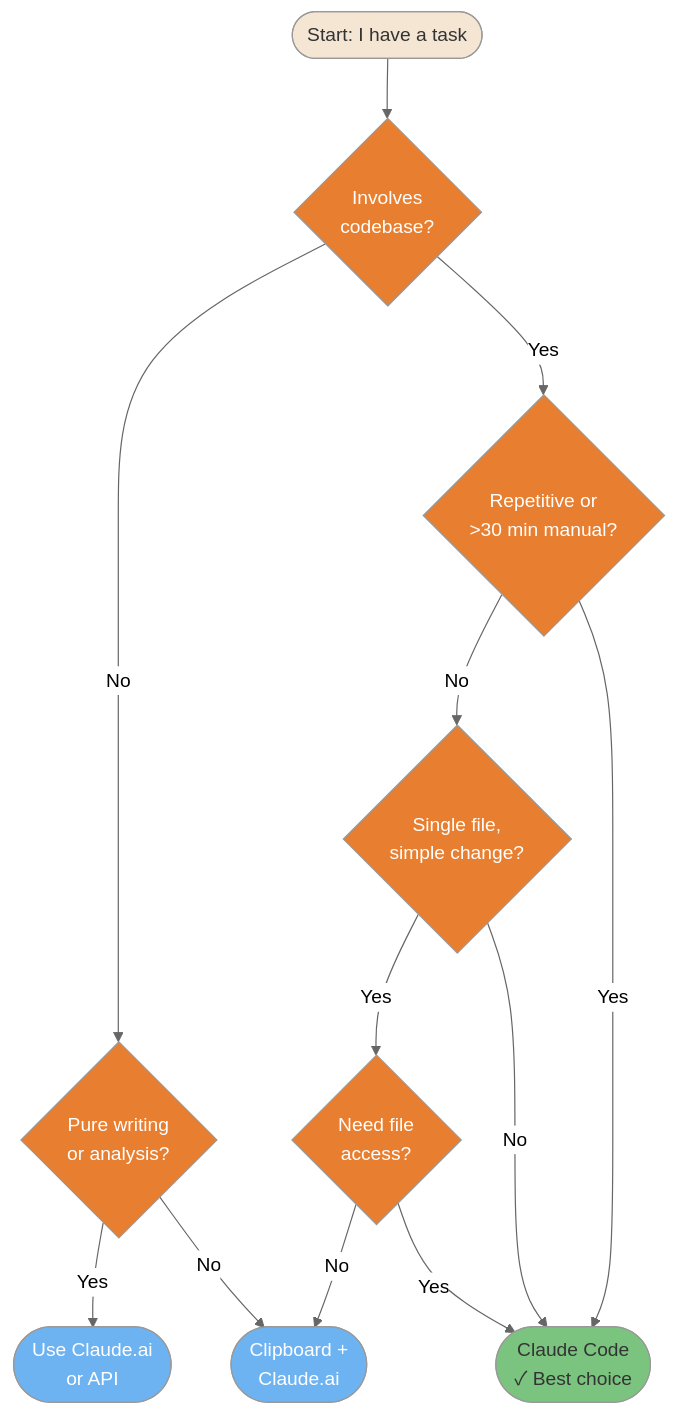
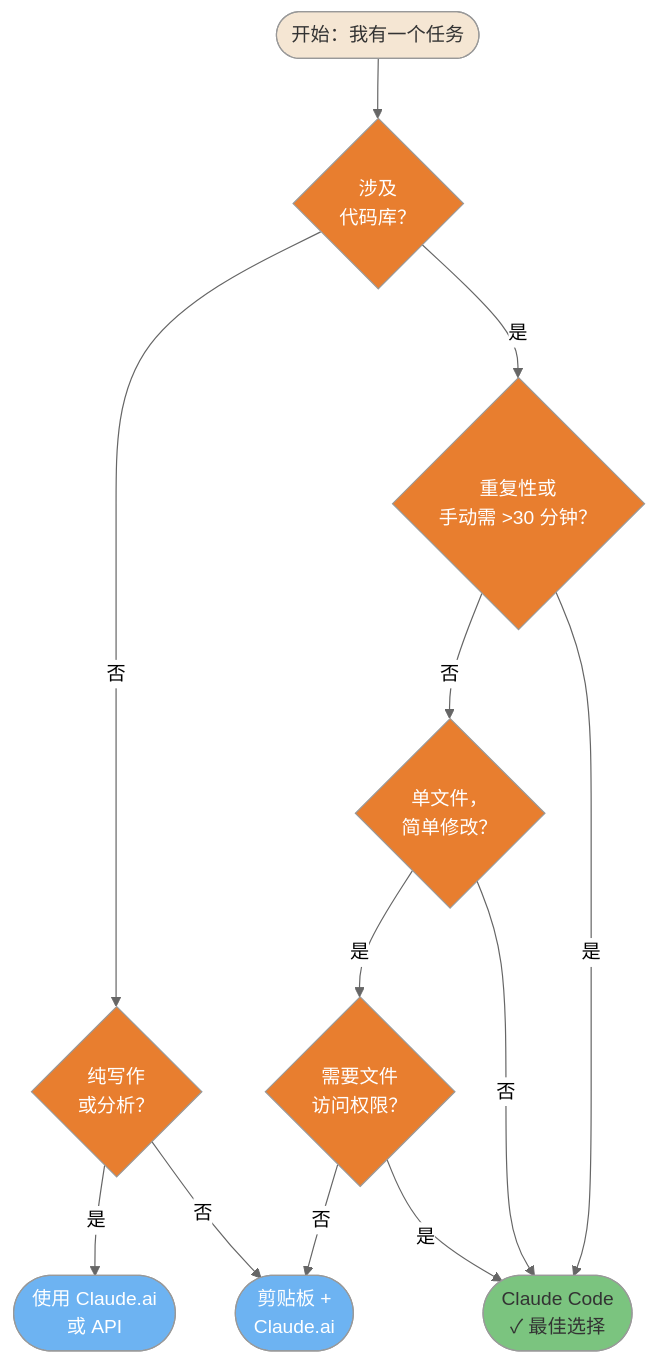
One commit to lawrencewzen/aispark-wiki changed the third of 4 diagrams in claude-code/diagrams/01-foundations.md. Above: the diagram before and after it, drawn with Mermaid (neutral theme). The commit also changed other lines of this file and 82 other files, not shown here.

First line of the commit message:
feat: 完成 claude-code/ 目录全量中文翻译

````diff
--- a/claude-code/diagrams/01-foundations.md
+++ b/claude-code/diagrams/01-foundations.md
@@ -151,38 +151,38 @@
 ```mermaid
 flowchart TD
-    A([Start: I have a task]) --> B{Involves<br/>codebase?}
-    B -->|No| C{Pure writing<br/>or analysis?}
-    B -->|Yes| D{Repetitive or<br/>>30 min manual?}
+    A([开始：我有一个任务]) --> B{涉及<br/>代码库？}
+    B -->|否| C{纯写作<br/>或分析？}
+    B -->|是| D{重复性或<br/>手动需 >30 分钟？}
 
-    C -->|Yes| E([Use Claude.ai<br/>or API])
-    C -->|No| F([Clipboard +<br/>Claude.ai])
+    C -->|是| E([使用 Claude.ai<br/>或 API])
+    C -->|否| F([剪贴板 +<br/>Claude.ai])
 
-    D -->|No| G{Single file,<br/>simple change?}
-    D -->|Yes| H([Claude Code<br/>✓ Best choice])
+    D -->|否| G{单文件，<br/>简单修改？}
+    D -->|是| H([Claude Code<br/>✓ 最佳选择])
 
-    G -->|Yes| I{Need file<br/>access?}
-    G -->|No| H
+    G -->|是| I{需要文件<br/>访问权限？}
+    G -->|否| H
 
-    I -->|No| F
-    I -->|Yes| H
+    I -->|否| F
+    I -->|是| H
 
     style A fill:#F5E6D3,color:#333
     style B fill:#E87E2F,color:#fff
     style C fill:#E87E2F,color:#fff
     style D fill:#E87E2F,color:#fff
     style G fill:#E87E2F,color:#fff
     style I fill:#E87E2F,color:#fff
     style E fill:#6DB3F2,color:#fff
     style F fill:#6DB3F2,color:#fff
     style H fill:#7BC47F,color:#333
 
-    click A href "https://github.com/claude-code-ultimate-guide/claude-code-ultimate-guide/blob/main/guide/ultimate-guide.md#12-first-workflow" "When to Use Claude Code"
-    click B href "https://github.com/claude-code-ultimate-guide/claude-code-ultimate-guide/blob/main/guide/ultimate-guide.md#12-first-workflow" "Involves codebase?"
-    click C href "https://github.com/claude-code-ultimate-guide/claude-code-ultimate-guide/blob/main/guide/ultimate-guide.md#12-first-workflow" "Pure writing or analysis?"
-    click D href "https://github.com/claude-code-ultimate-guide/claude-code-ultimate-guide/blob/main/guide/ultimate-guide.md#12-first-workflow" "Repetitive or long manual task?"
-    click E href "https://github.com/claude-code-ultimate-guide/claude-code-ultimate-guide/blob/main/guide/ultimate-guide.md#12-first-workflow" "Use Claude.ai"
-    click F href "https://github.com/claude-code-ultimate-guide/claude-code-ultimate-guide/blob/main/guide/ultimate-guide.md#12-first-workflow" "Clipboard + Claude.ai"
-    click G href "https://github.com/claude-code-ultimate-guide/claude-code-ultimate-guide/blob/main/guide/ultimate-guide.md#12-first-workflow" "Single file, simple change?"
-    click H href "https://github.com/claude-code-ultimate-guide/claude-code-ultimate-guide/blob/main/guide/ultimate-guide.md#11-installation" "Claude Code — Best choice"
-    click I href "https://github.com/claude-code-ultimate-guide/claude-code-ultimate-guide/blob/main/guide/ultimate-guide.md#12-first-workflow" "Need file access?"
+    click A href "https://github.com/claude-code-ultimate-guide/claude-code-ultimate-guide/blob/main/guide/ultimate-guide.md#12-first-workflow" "何时使用 Claude Code"
+    click B href "https://github.com/claude-code-ultimate-guide/claude-code-ultimate-guide/blob/main/guide/ultimate-guide.md#12-first-workflow" "涉及代码库？"
+    click C href "https://github.com/claude-code-ultimate-guide/claude-code-ultimate-guide/blob/main/guide/ultimate-guide.md#12-first-workflow" "纯写作或分析？"
+    click D href "https://github.com/claude-code-ultimate-guide/claude-code-ultimate-guide/blob/main/guide/ultimate-guide.md#12-first-workflow" "重复性或长时间手动任务？"
+    click E href "https://github.com/claude-code-ultimate-guide/claude-code-ultimate-guide/blob/main/guide/ultimate-guide.md#12-first-workflow" "使用 Claude.ai"
+    click F href "https://github.com/claude-code-ultimate-guide/claude-code-ultimate-guide/blob/main/guide/ultimate-guide.md#12-first-workflow" "剪贴板 + Claude.ai"
+    click G href "https://github.com/claude-code-ultimate-guide/claude-code-ultimate-guide/blob/main/guide/ultimate-guide.md#12-first-workflow" "单文件，简单修改？"
+    click H href "https://github.com/claude-code-ultimate-guide/claude-code-ultimate-guide/blob/main/guide/ultimate-guide.md#11-installation" "Claude Code — 最佳选择"
+    click I href "https://github.com/claude-code-ultimate-guide/claude-code-ultimate-guide/blob/main/guide/ultimate-guide.md#12-first-workflow" "需要文件访问权限？"
 ```
````
